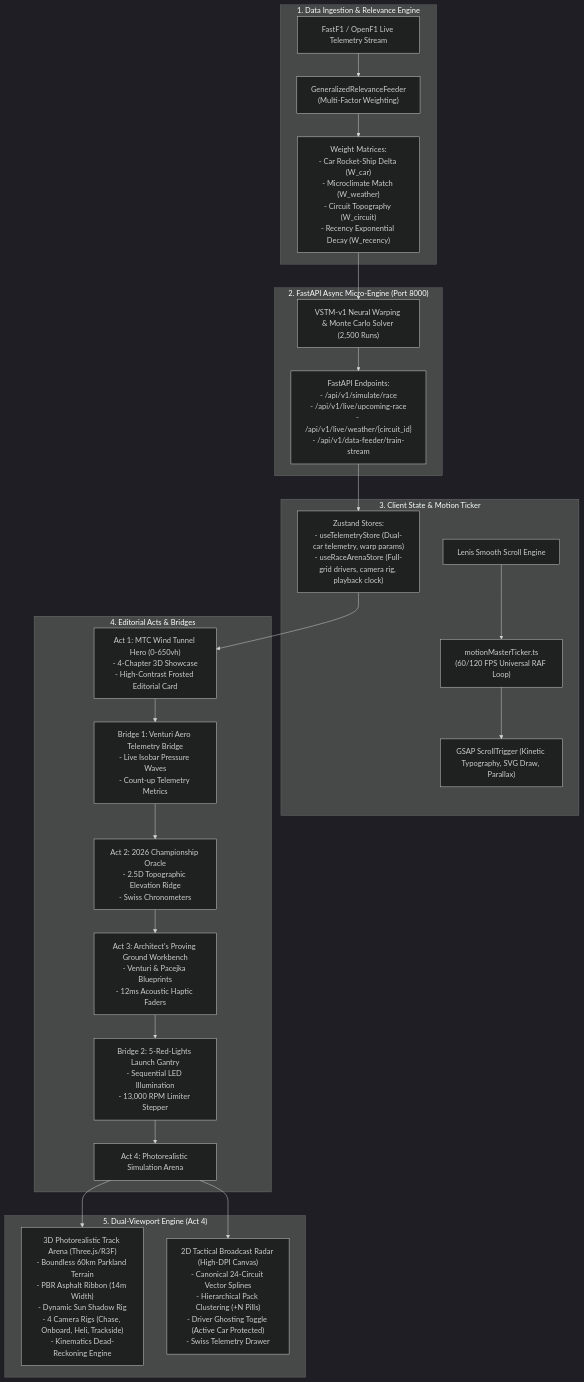
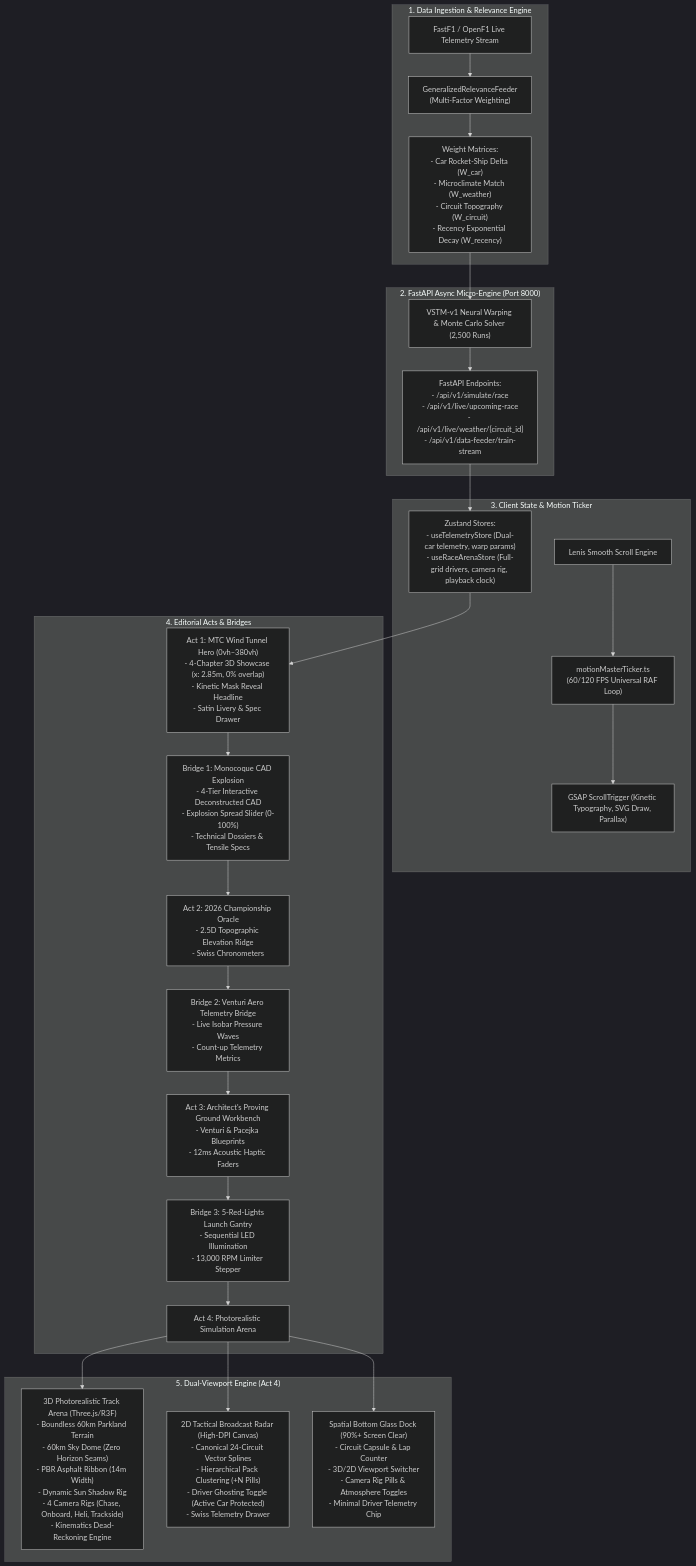
One commit to atharvabhalerao031005/F1-Project changed the first of 2 diagrams in VELOCE_MASTER_PROJECT_DOSSIER.md. Above: the diagram before and after it, drawn with Mermaid (dark theme). The commit also changed other lines of this file, not shown here.

Commit message:
docs(dossier): update master specification to v2.1.0 with continuous 60/120 FPS scrollytelling, CAD explosion bridge, and spatial bottom dock

````diff
--- a/VELOCE_MASTER_PROJECT_DOSSIER.md
+++ b/VELOCE_MASTER_PROJECT_DOSSIER.md
@@ -31,32 +39,34 @@
 ```mermaid
 flowchart TD
     subgraph DataIngestion ["1. Data Ingestion & Relevance Engine"]
         FastF1["FastF1 / OpenF1 Live Telemetry Stream"] --> Feeder["GeneralizedRelevanceFeeder\n(Multi-Factor Weighting)"]
         Feeder --> FeederWeights["Weight Matrices:\n- Car Rocket-Ship Delta (W_car)\n- Microclimate Match (W_weather)\n- Circuit Topography (W_circuit)\n- Recency Exponential Decay (W_recency)"]
     end
 
     subgraph BackendAPI ["2. FastAPI Async Micro-Engine (Port 8000)"]
         FeederWeights --> MLPhysics["VSTM-v1 Neural Warping & Monte Carlo Solver (2,500 Runs)"]
         MLPhysics --> FastAPIRoutes["FastAPI Endpoints:\n- /api/v1/simulate/race\n- /api/v1/live/upcoming-race\n- /api/v1/live/weather/{circuit_id}\n- /api/v1/data-feeder/train-stream"]
     end
 
     subgraph StateOrchestration ["3. Client State & Motion Ticker"]
         FastAPIRoutes --> ZustandStore["Zustand Stores:\n- useTelemetryStore (Dual-car telemetry, warp params)\n- useRaceArenaStore (Full-grid drivers, camera rig, playback clock)"]
         Lenis["Lenis Smooth Scroll Engine"] --> MotionMaster["motionMasterTicker.ts\n(60/120 FPS Universal RAF Loop)"]
         MotionMaster --> GSAP["GSAP ScrollTrigger (Kinetic Typography, SVG Draw, Parallax)"]
     end
 
     subgraph UIActs ["4. Editorial Acts & Bridges"]
-        ZustandStore --> Act1["Act 1: MTC Wind Tunnel Hero (0-650vh)\n- 4-Chapter 3D Showcase\n- High-Contrast Frosted Editorial Card"]
-        Act1 --> BridgeAero["Bridge 1: Venturi Aero Telemetry Bridge\n- Live Isobar Pressure Waves\n- Count-up Telemetry Metrics"]
-        BridgeAero --> Act2["Act 2: 2026 Championship Oracle\n- 2.5D Topographic Elevation Ridge\n- Swiss Chronometers"]
-        Act2 --> Act3["Act 3: Architect's Proving Ground Workbench\n- Venturi & Pacejka Blueprints\n- 12ms Acoustic Haptic Faders"]
-        Act3 --> BridgeLaunch["Bridge 2: 5-Red-Lights Launch Gantry\n- Sequential LED Illumination\n- 13,000 RPM Limiter Stepper"]
+        ZustandStore --> Act1["Act 1: MTC Wind Tunnel Hero (0vh–380vh)\n- 4-Chapter 3D Showcase (x: 2.85m, 0% overlap)\n- Kinetic Mask Reveal Headline\n- Satin Livery & Spec Drawer"]
+        Act1 --> BridgeMonocoque["Bridge 1: Monocoque CAD Explosion\n- 4-Tier Interactive Deconstructed CAD\n- Explosion Spread Slider (0-100%)\n- Technical Dossiers & Tensile Specs"]
+        BridgeMonocoque --> Act2["Act 2: 2026 Championship Oracle\n- 2.5D Topographic Elevation Ridge\n- Swiss Chronometers"]
+        Act2 --> BridgeAero["Bridge 2: Venturi Aero Telemetry Bridge\n- Live Isobar Pressure Waves\n- Count-up Telemetry Metrics"]
+        BridgeAero --> Act3["Act 3: Architect's Proving Ground Workbench\n- Venturi & Pacejka Blueprints\n- 12ms Acoustic Haptic Faders"]
+        Act3 --> BridgeLaunch["Bridge 3: 5-Red-Lights Launch Gantry\n- Sequential LED Illumination\n- 13,000 RPM Limiter Stepper"]
         BridgeLaunch --> Act4["Act 4: Photorealistic Simulation Arena"]
     end
 
     subgraph SimulationRenderers ["5. Dual-Viewport Engine (Act 4)"]
-        Act4 --> View3D["3D Photorealistic Track Arena (Three.js/R3F)\n- Boundless 60km Parkland Terrain\n- PBR Asphalt Ribbon (14m Width)\n- Dynamic Sun Shadow Rig\n- 4 Camera Rigs (Chase, Onboard, Heli, Trackside)\n- Kinematics Dead-Reckoning Engine"]
+        Act4 --> View3D["3D Photorealistic Track Arena (Three.js/R3F)\n- Boundless 60km Parkland Terrain\n- 60km Sky Dome (Zero Horizon Seams)\n- PBR Asphalt Ribbon (14m Width)\n- Dynamic Sun Shadow Rig\n- 4 Camera Rigs (Chase, Onboard, Heli, Trackside)\n- Kinematics Dead-Reckoning Engine"]
         Act4 --> View2D["2D Tactical Broadcast Radar (High-DPI Canvas)\n- Canonical 24-Circuit Vector Splines\n- Hierarchical Pack Clustering (+N Pills)\n- Driver Ghosting Toggle (Active Car Protected)\n- Swiss Telemetry Drawer"]
+        Act4 --> SpatialHUD["Spatial Bottom Glass Dock (90%+ Screen Clear)\n- Circuit Capsule & Lap Counter\n- 3D/2D Viewport Switcher\n- Camera Rig Pills & Atmosphere Toggles\n- Minimal Driver Telemetry Chip"]
     end
 ```
````
